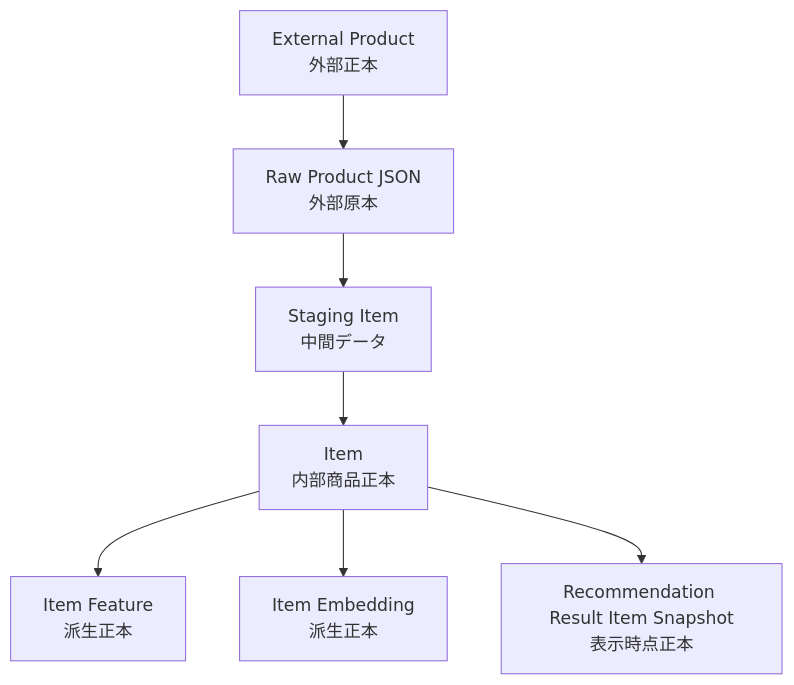
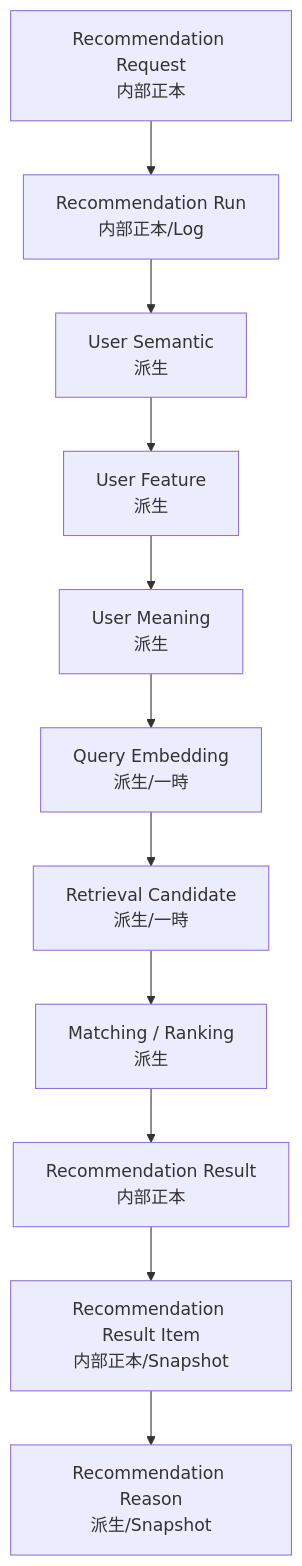
Before and after one commit to ryo-chan-k6/GiftRecommendAPP_MVP_CYCLE_3: the first of 3 diagrams in docs/05_アプリケーション設計/アプリ/database/正本定義表.md, drawn with Mermaid. The commit also changed other lines of this file, not shown here.

Commit message:
ドキュメントを更新し、Gift Recommendation Service MVPにおける正本定義の基本方針を明確化。正本の分類、上書き・再生成方針を詳細に定義し、データ管理の指針を強化。これにより、システム全体の設計基盤がさらに整備された。

````diff
--- a/docs/05_アプリケーション設計/アプリ/database/正本定義表.md
+++ b/docs/05_アプリケーション設計/アプリ/database/正本定義表.md
@@ -553,9 +875,13 @@
 ```mermaid
 flowchart TD
-    A[External Product<br/>外部正本] --> B[Raw Product JSON<br/>外部原本]
-    B --> C[Staging Item<br/>中間データ]
-    C --> D[Item<br/>内部商品正本]
-    D --> E[Item Feature<br/>派生正本]
-    D --> F[Item Embedding<br/>派生正本]
-    D --> G[Recommendation Result Item Snapshot<br/>表示時点正本]
+    A[Recommendation Request<br/>内部正本] --> B[Recommendation Run<br/>内部正本/Log]
+    B --> C[User Semantic<br/>派生]
+    C --> D[User Feature<br/>派生]
+    D --> E[User Meaning<br/>派生]
+    E --> F[Query Embedding<br/>派生/一時]
+    F --> G[Retrieval Candidate<br/>派生/一時]
+    G --> H[Matching / Ranking<br/>派生]
+    H --> I[Recommendation Result<br/>内部正本]
+    I --> J[Recommendation Result Item<br/>内部正本/Snapshot]
+    J --> K[Recommendation Reason<br/>派生/Snapshot]
 ```
````
